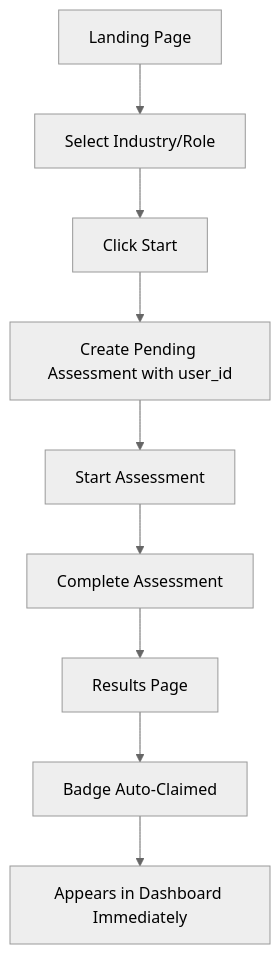
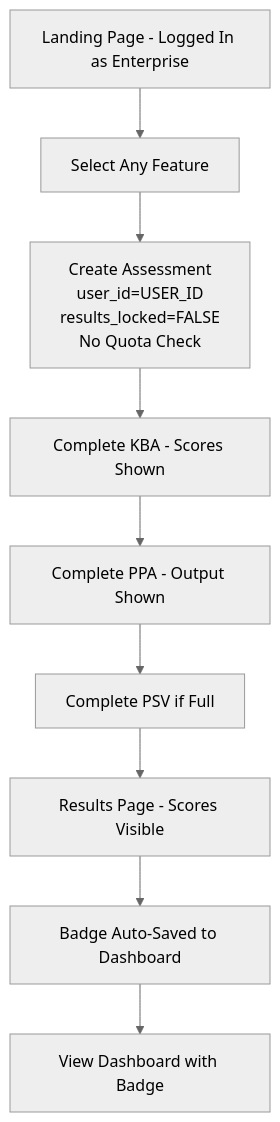
The fifth of 5 diagrams in Simplified_User_Conversion_Journey.md (promptranks/pr-poc), drawn with Mermaid (neutral theme) before and after one commit. The commit also changed other lines of this file and 40 other files, not shown here.

````diff
--- a/Simplified_User_Conversion_Journey.md
+++ b/Simplified_User_Conversion_Journey.md
@@ -297,11 +153,11 @@
 ```mermaid
 graph TD
-    A[Landing Page] --> B[Select Industry/Role]
-    B --> C[Click Start]
-    C --> D[Create Pending Assessment with user_id]
-    D --> E[Start Assessment]
-    E --> F[Complete Assessment]
-    F --> G[Results Page]
-    G --> H[Badge Auto-Claimed]
-    H --> I[Appears in Dashboard Immediately]
+    A[Landing Page - Logged In as Enterprise] --> B[Select Any Feature]
+    B --> C[Create Assessment<br/>user_id=USER_ID<br/>results_locked=FALSE<br/>No Quota Check]
+    C --> D[Complete KBA - Scores Shown]
+    D --> E[Complete PPA - Output Shown]
+    E --> F[Complete PSV if Full]
+    F --> G[Results Page - Scores Visible]
+    G --> H[Badge Auto-Saved to Dashboard]
+    H --> I[View Dashboard with Badge]
 ```
````
